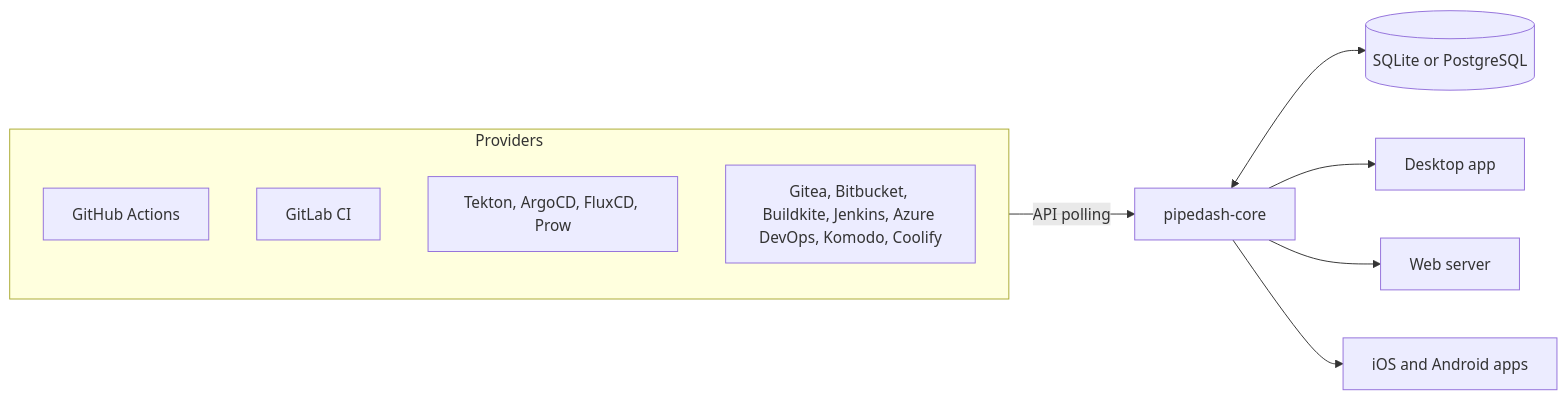
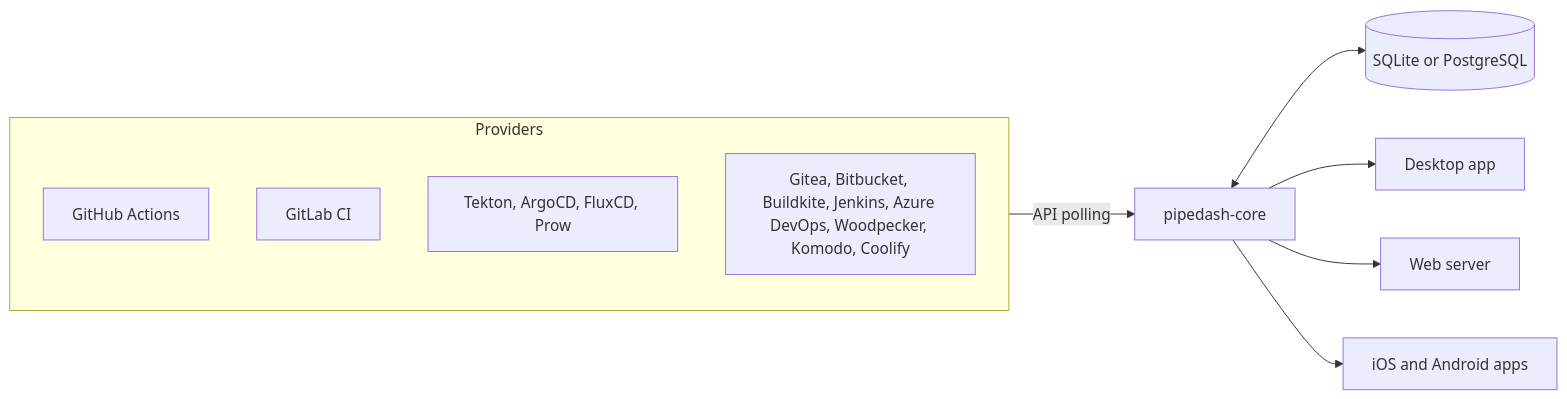
One commit to hcavarsan/pipedash changed the diagram in README.md. Above: the diagram before and after it, drawn with Mermaid. The commit also changed other lines of this file and 18 other files, not shown here.

````diff
--- a/README.md
+++ b/README.md
@@ -89,14 +89,14 @@
 ```mermaid
 flowchart LR
   subgraph Providers
     GH[GitHub Actions]
     GL[GitLab CI]
     K8S[Tekton, ArgoCD, FluxCD, Prow]
-    More[Gitea, Bitbucket, Buildkite, Jenkins, Azure DevOps, Komodo, Coolify]
+    More[Gitea, Bitbucket, Buildkite, Jenkins, Azure DevOps, Woodpecker, Komodo, Coolify]
   end
   Providers -- API polling --> Core[pipedash-core]
   Core <--> DB[(SQLite or PostgreSQL)]
   Core --> Desktop[Desktop app]
   Core --> Web[Web server]
   Core --> Mobile[iOS and Android apps]
 ```
````
